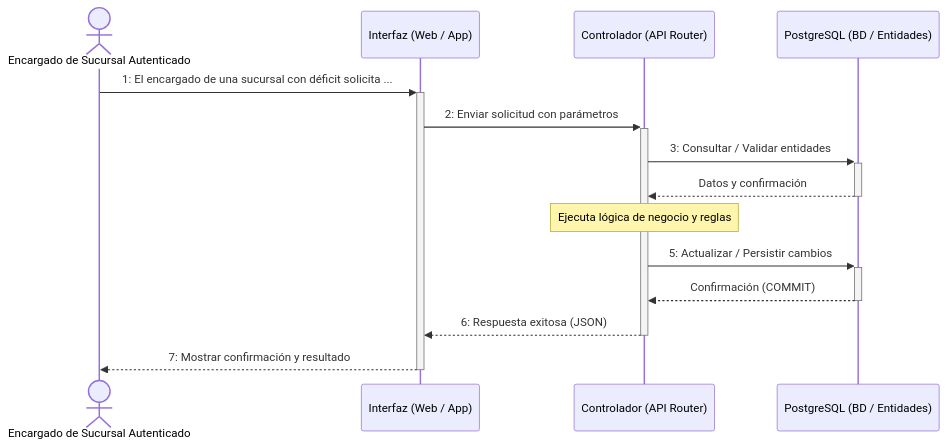
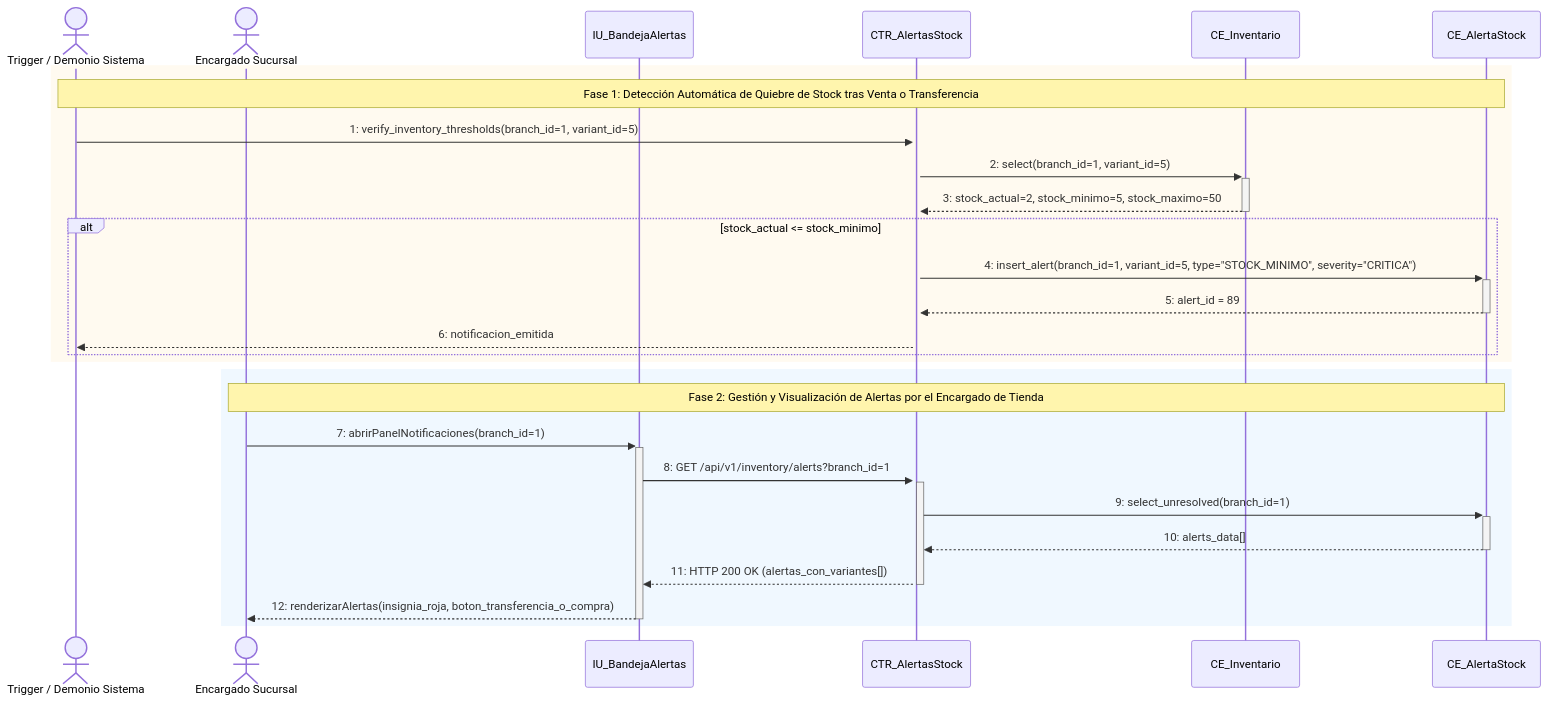
Before and after one commit to jc-larry/ecommerce: diagram 16 of 38 in documentos/DOCUMENTACION_40_CASOS_DE_USO_DIAGRAMAS_SECUENCIA.md, drawn with Mermaid. The commit also changed other lines of this file and 148 other files, not shown here.

````diff
--- a/documentos/DOCUMENTACION_40_CASOS_DE_USO_DIAGRAMAS_SECUENCIA.md
+++ b/documentos/DOCUMENTACION_40_CASOS_DE_USO_DIAGRAMAS_SECUENCIA.md
@@ -771,16 +871,31 @@
 ```mermaid
 sequenceDiagram
-    actor U as Encargado de Sucursal Autenticado
-    participant IU as Interfaz (Web / App)
-    participant CTR as Controlador (API Router)
-    participant DB as PostgreSQL (BD / Entidades)
-    U->>+IU: 1: El encargado de una sucursal con déficit solicita ...
-    IU->>+CTR: 2: Enviar solicitud con parámetros
-    CTR->>+DB: 3: Consultar / Validar entidades
-    DB-->>-CTR: Datos y confirmación
-    Note over CTR: Ejecuta lógica de negocio y reglas
-    CTR->>+DB: 5: Actualizar / Persistir cambios
-    DB-->>-CTR: Confirmación (COMMIT)
-    CTR-->>-IU: 6: Respuesta exitosa (JSON)
-    IU-->>-U: 7: Mostrar confirmación y resultado
+    actor T as Trigger / Demonio Sistema
+    actor E as Encargado Sucursal
+    participant IU as IU_BandejaAlertas
+    participant CTR as CTR_AlertasStock
+    participant CE_I as CE_Inventario
+    participant CE_A as CE_AlertaStock
+
+    rect rgb(255, 250, 240)
+    Note over T,CE_A: Fase 1: Detección Automática de Quiebre de Stock tras Venta o Transferencia
+    T->>+CTR: 1: verify_inventory_thresholds(branch_id=1, variant_id=5)
+    CTR->>+CE_I: 2: select(branch_id=1, variant_id=5)
+    CE_I-->>-CTR: 3: stock_actual=2, stock_minimo=5, stock_maximo=50
+    alt stock_actual <= stock_minimo
+        CTR->>+CE_A: 4: insert_alert(branch_id=1, variant_id=5, type="STOCK_MINIMO", severity="CRITICA")
+        CE_A-->>-CTR: 5: alert_id = 89
+        CTR-->>T: 6: notificacion_emitida
+    end
+    end
+
+    rect rgb(240, 248, 255)
+    Note over E,CE_A: Fase 2: Gestión y Visualización de Alertas por el Encargado de Tienda
+    E->>+IU: 7: abrirPanelNotificaciones(branch_id=1)
+    IU->>+CTR: 8: GET /api/v1/inventory/alerts?branch_id=1
+    CTR->>+CE_A: 9: select_unresolved(branch_id=1)
+    CE_A-->>-CTR: 10: alerts_data[]
+    CTR-->>-IU: 11: HTTP 200 OK (alertas_con_variantes[])
+    IU-->>-E: 12: renderizarAlertas(insignia_roja, boton_transferencia_o_compra)
+    end
 ```
````
